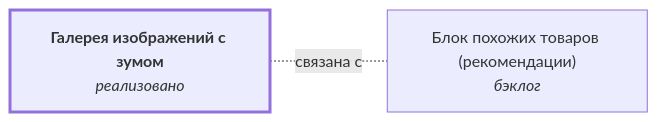
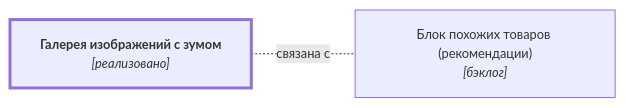
Before and after one commit to DmitryKhilko/example-app-requirements: the diagram in docs/specifications/catalog/product-gallery.md, drawn with Mermaid. The commit also changed other lines of this file and 21 other files, not shown here.

````diff
--- a/docs/specifications/catalog/product-gallery.md
+++ b/docs/specifications/catalog/product-gallery.md
@@ -22,12 +22,13 @@
 ```mermaid
+%%{init: {"themeVariables": {"fontSize": "12.8px"}}}%%
 flowchart LR
-    n0["<b>Галерея изображений с зумом</b><br/><i>реализовано</i>"]
-    n1["Блок похожих товаров (рекомендации)<br/><i>бэклог</i>"]
+    n0["<b>Галерея изображений с зумом</b><br/><i>[реализовано]</i>"]
+    n1["Блок похожих товаров (рекомендации)<br/><i>[бэклог]</i>"]
     n0 -.-|"связана с"| n1
 
     classDef current stroke-width:3px
     classDef archived stroke-dasharray:5 4
     class n0 current
 
     click n1 "../product-recommendations/"
 ```
````
